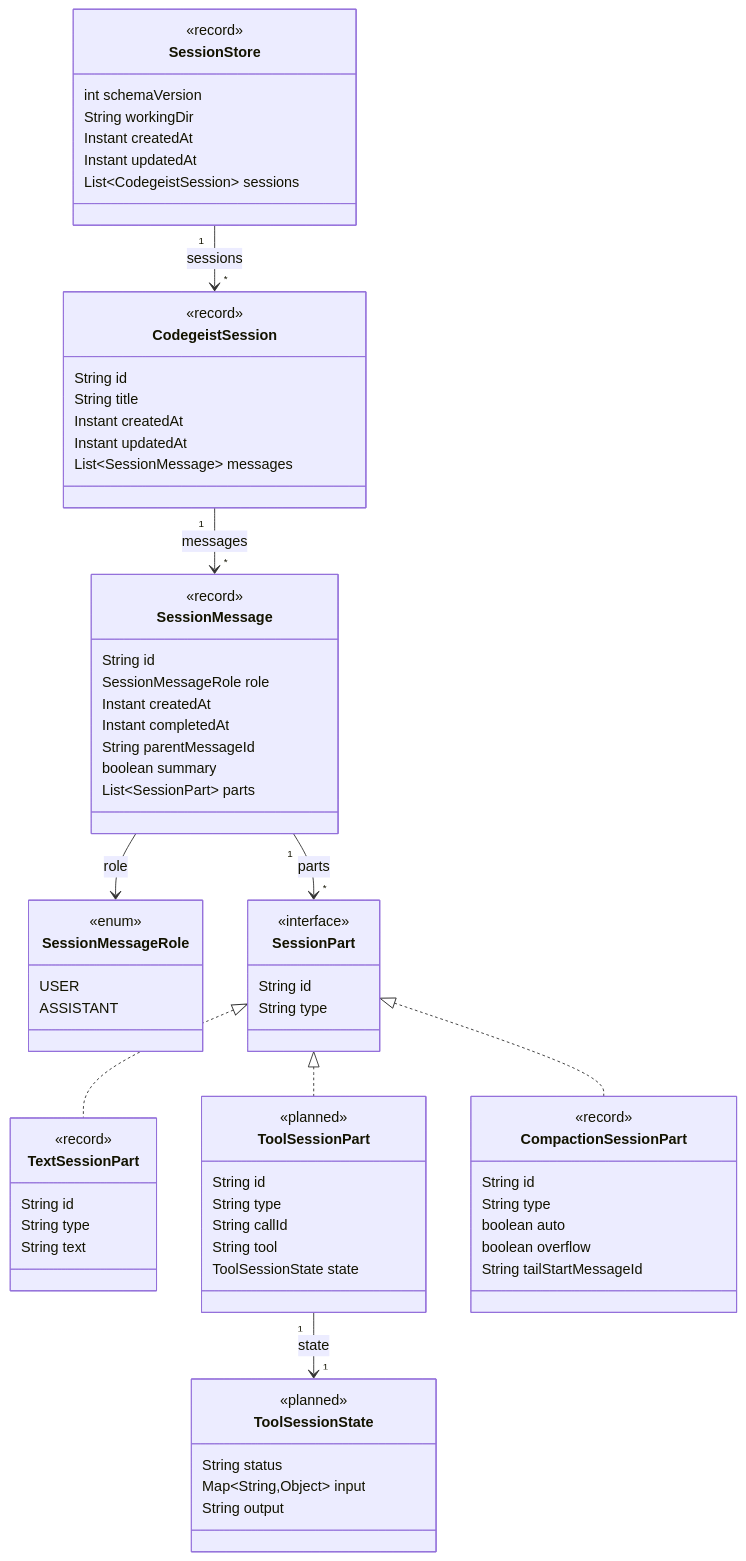
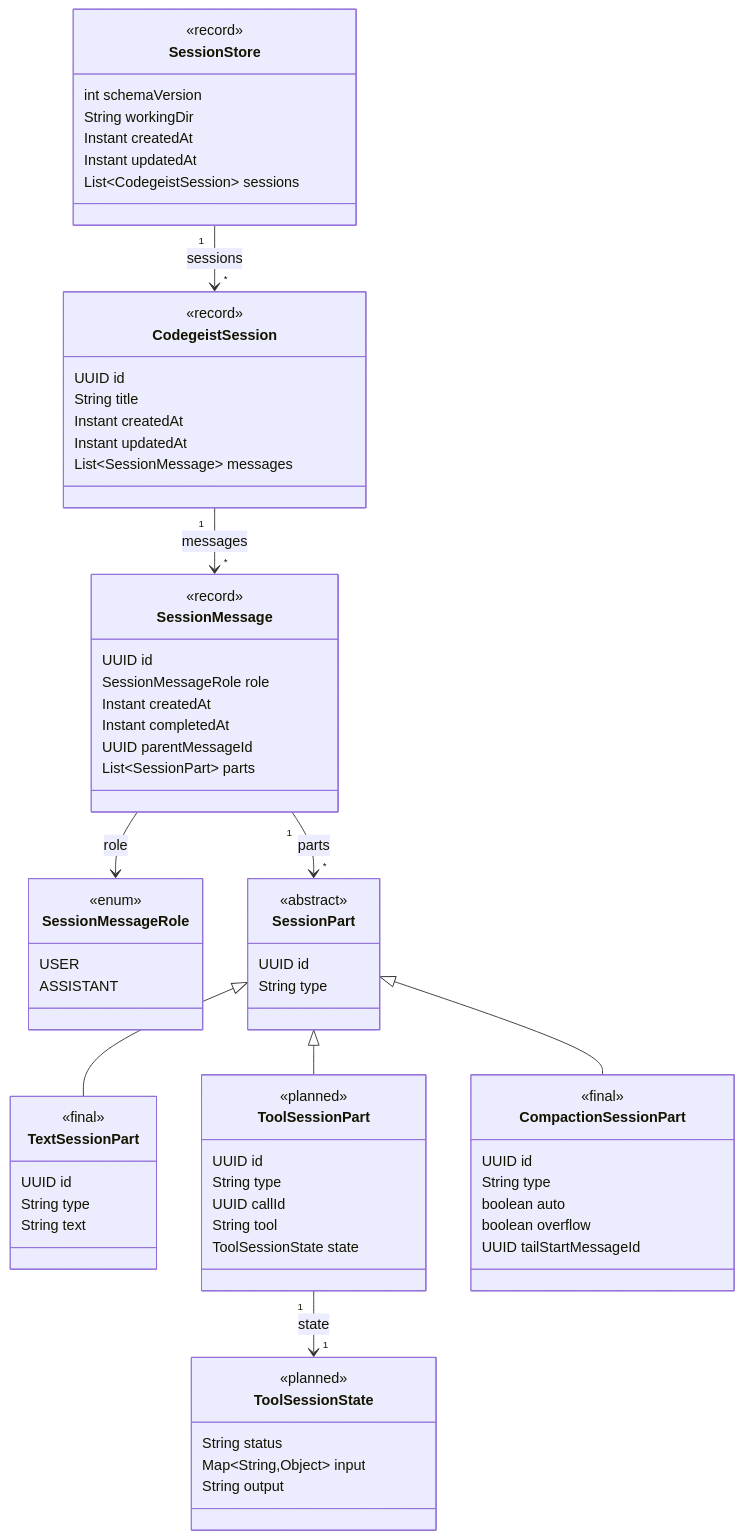
Before and after one commit to codegeist-ai/codegeist: the diagram in docs/tasks/T007_build-codegeist-runtime-harness/session-store-model-specification.md, drawn with Mermaid. The commit also changed other lines of this file and 47 other files, not shown here.

````diff
--- a/docs/tasks/T007_build-codegeist-runtime-harness/session-store-model-specification.md
+++ b/docs/tasks/T007_build-codegeist-runtime-harness/session-store-model-specification.md
@@ -143,7 +152,7 @@
 
     class CodegeistSession {
       <<record>>
-      String id
+      UUID id
       String title
       Instant createdAt
       Instant updatedAt
@@ -152,12 +161,11 @@
 
     class SessionMessage {
       <<record>>
-      String id
+      UUID id
       SessionMessageRole role
       Instant createdAt
       Instant completedAt
-      String parentMessageId
-      boolean summary
+      UUID parentMessageId
       List~SessionPart~ parts
     }
 
@@ -168,34 +176,34 @@
     }
 
     class SessionPart {
-      <<interface>>
-      String id
+      <<abstract>>
+      UUID id
       String type
     }
 
     class TextSessionPart {
-      <<record>>
-      String id
+      <<final>>
+      UUID id
       String type
       String text
     }
 
     class ToolSessionPart {
       <<planned>>
-      String id
+      UUID id
       String type
-      String callId
+      UUID callId
       String tool
       ToolSessionState state
     }
 
     class CompactionSessionPart {
-      <<record>>
-      String id
+      <<final>>
+      UUID id
       String type
       boolean auto
       boolean overflow
-      String tailStartMessageId
+      UUID tailStartMessageId
     }
 
     class ToolSessionState {
@@ -209,8 +217,8 @@
     CodegeistSession "1" --> "*" SessionMessage : messages
     SessionMessage "1" --> "*" SessionPart : parts
     SessionMessage --> SessionMessageRole : role
-    SessionPart <|.. TextSessionPart
-    SessionPart <|.. CompactionSessionPart
-    SessionPart <|.. ToolSessionPart
+    SessionPart <|-- TextSessionPart
+    SessionPart <|-- CompactionSessionPart
+    SessionPart <|-- ToolSessionPart
     ToolSessionPart "1" --> "1" ToolSessionState : state
 ```
````
